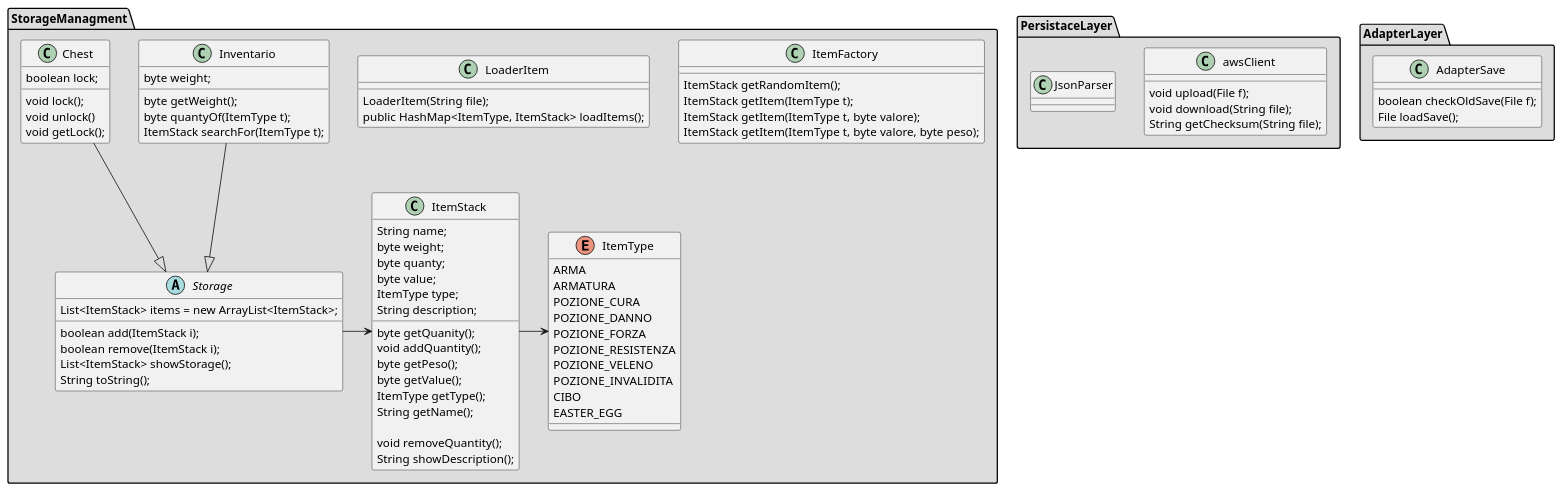
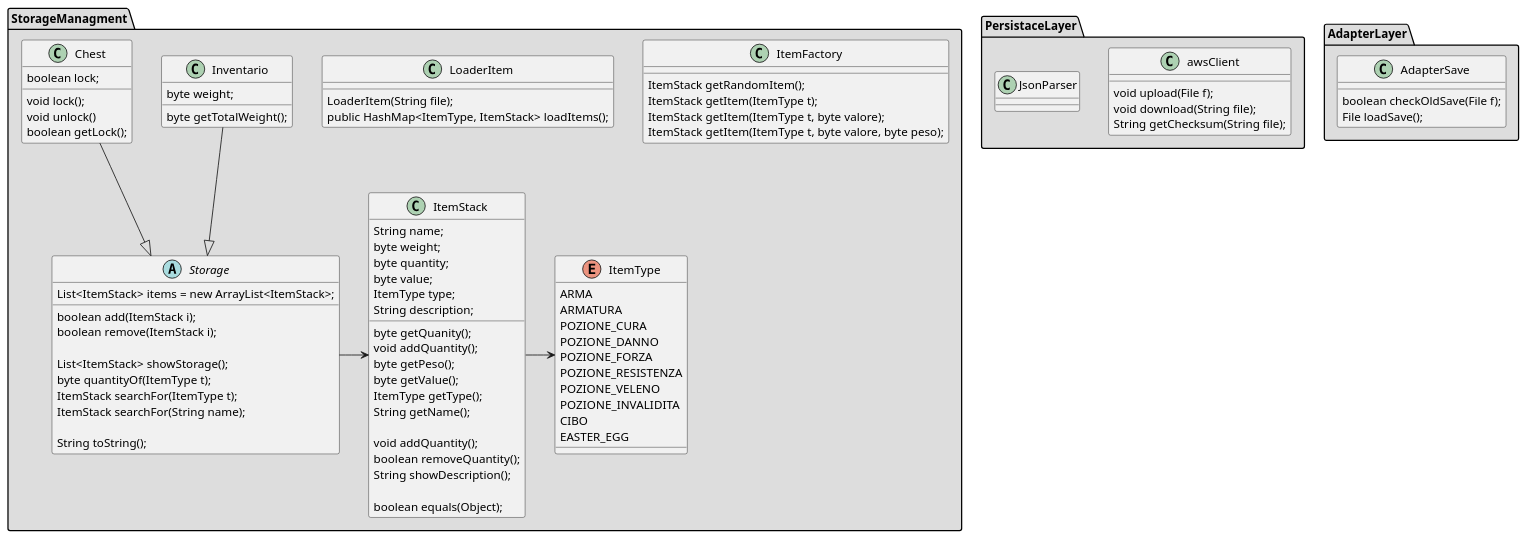
One commit to PdP03/ACMD changed the diagram in DiagrammiUML/ClassDiagram(Storage-Persistance-Adapter).puml. Above: the diagram before and after it, drawn with PlantUML.

Commit message:
Update ClassDiagram(Storage-Persistance-Adapter).puml
Cambiato delle cose che non avevano senso. Tipo errori di sintassi (quanty al posto di quantity) o dei get che tornavano void.

Importanti:
Spostati searchFor dentro a Storage da inventario, che ha più senso.
Cambiato in Inventario nome metodo da getWeight a getTotalWeight

```diff
--- a/DiagrammiUML/ClassDiagram(Storage-Persistance-Adapter).puml
+++ b/DiagrammiUML/ClassDiagram(Storage-Persistance-Adapter).puml
@@ -1,104 +1,109 @@
 @startuml
 package "StorageManagment" #DDDDDD{  /'songole tipologie elementi'/
 class ItemFactory
 {
   ItemStack getRandomItem();
   ItemStack getItem(ItemType t);
   ItemStack getItem(ItemType t, byte valore);
   ItemStack getItem(ItemType t, byte valore, byte peso);
 }
 
 class LoaderItem{
   LoaderItem(String file);
   public HashMap<ItemType, ItemStack> loadItems();
 }
 
 class ItemStack {
   String name;
   byte weight;
-  byte quanty;
+  byte quantity;
   byte value;
   ItemType type;   
   String description;
    
   byte getQuanity();
   void addQuantity();
   byte getPeso();
   byte getValue();
   ItemType getType();
   String getName();
 
-  void removeQuantity();
+  void addQuantity();
+  boolean removeQuantity();
   String showDescription();
+
+  boolean equals(Object);
 }
 
 enum ItemType{
   ARMA
   ARMATURA
   POZIONE_CURA
   POZIONE_DANNO
   POZIONE_FORZA
   POZIONE_RESISTENZA
   POZIONE_VELENO
   POZIONE_INVALIDITA
   CIBO
   EASTER_EGG
 }
 
 /'gestione di infiniti item'/
 abstract Storage{   
   List<ItemStack> items = new ArrayList<ItemStack>;
 
   boolean add(ItemStack i);
   boolean remove(ItemStack i);
+
   List<ItemStack> showStorage();
+  byte quantityOf(ItemType t);
+  ItemStack searchFor(ItemType t);
+  ItemStack searchFor(String name);
+
   String toString();
 }
 
 class Inventario{
   byte weight;
-
-  byte getWeight();
-  byte quantyOf(ItemType t);
-  ItemStack searchFor(ItemType t);
+  byte getTotalWeight();
 }
 
 class Chest{
   boolean lock;
   
   void lock();
   void unlock()
-  void getLock();
+  boolean getLock();
 
 }
 
 }
 Storage -> ItemStack 
 Inventario --|> Storage
 
 Chest --|> Storage
 ItemStack -> ItemType
 
 
 
 
 package PersistaceLayer #DDDDDD{
   class awsClient{
     void upload(File f);
     void download(String file);
     String getChecksum(String file);  
   }
 
   class JsonParser{
     
   }
   
 }
 
 package AdapterLayer #DDDDDD{
   class AdapterSave{
     boolean checkOldSave(File f);
     File loadSave(); /'file'/
   }
 }
 @enduml
```
